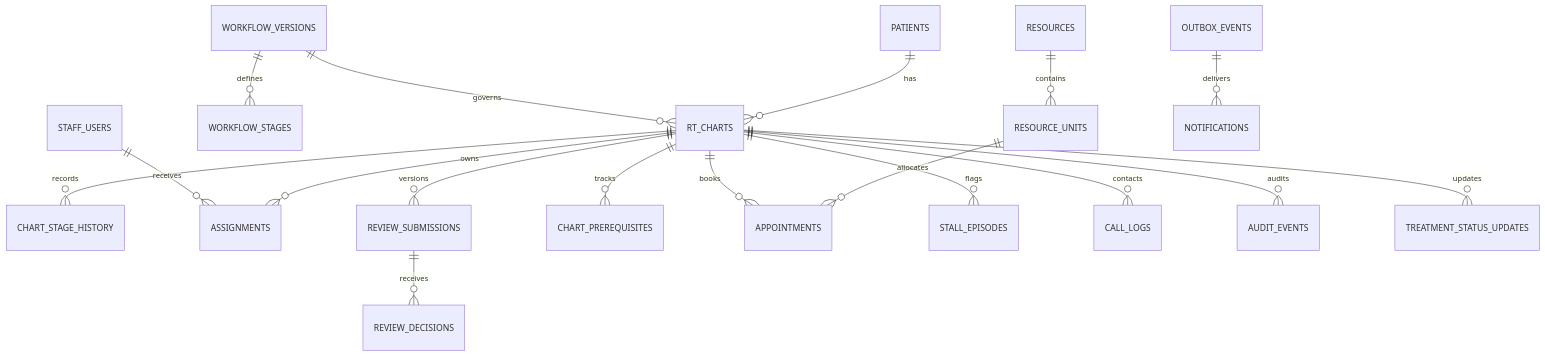
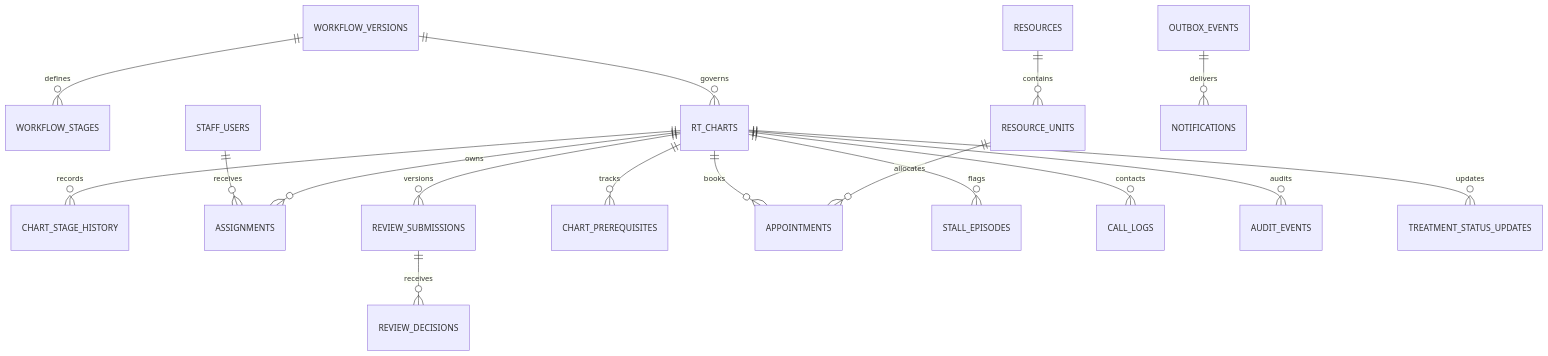
Before and after one commit to Sandhu93/OncoProject: the diagram in docs/architecture/database.md, drawn with Mermaid. The commit also changed other lines of this file and 26 other files, not shown here.

First line of the commit message:
feat(api): staff sign-in and remove patient identity from the schema

````diff
--- a/docs/architecture/database.md
+++ b/docs/architecture/database.md
@@ -7,20 +7,19 @@
 ```mermaid
 erDiagram
-  PATIENTS ||--o{ RT_CHARTS : has
   WORKFLOW_VERSIONS ||--o{ WORKFLOW_STAGES : defines
   WORKFLOW_VERSIONS ||--o{ RT_CHARTS : governs
   RT_CHARTS ||--o{ CHART_STAGE_HISTORY : records
   RT_CHARTS ||--o{ ASSIGNMENTS : owns
   STAFF_USERS ||--o{ ASSIGNMENTS : receives
   RT_CHARTS ||--o{ REVIEW_SUBMISSIONS : versions
   REVIEW_SUBMISSIONS ||--o{ REVIEW_DECISIONS : receives
   RT_CHARTS ||--o{ CHART_PREREQUISITES : tracks
   RESOURCES ||--o{ RESOURCE_UNITS : contains
   RESOURCE_UNITS ||--o{ APPOINTMENTS : allocates
   RT_CHARTS ||--o{ APPOINTMENTS : books
   RT_CHARTS ||--o{ STALL_EPISODES : flags
   RT_CHARTS ||--o{ CALL_LOGS : contacts
   RT_CHARTS ||--o{ AUDIT_EVENTS : audits
   RT_CHARTS ||--o{ TREATMENT_STATUS_UPDATES : updates
   OUTBOX_EVENTS ||--o{ NOTIFICATIONS : delivers
 ```
````
